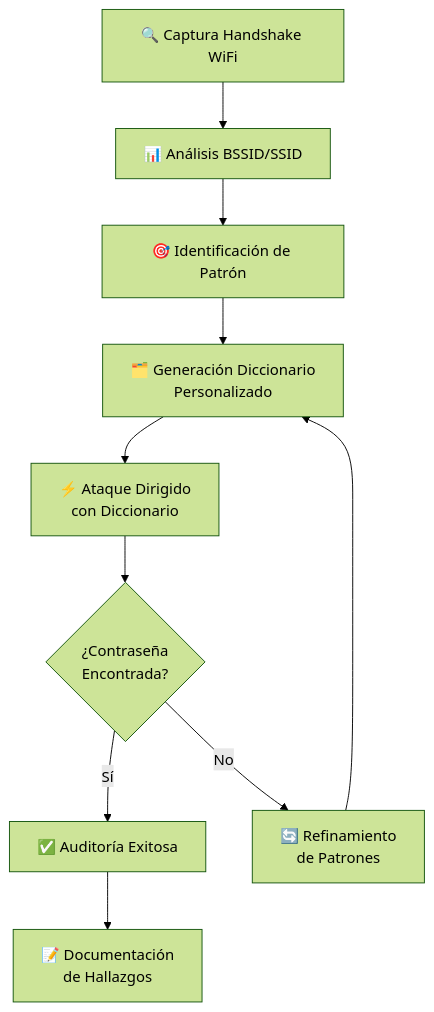
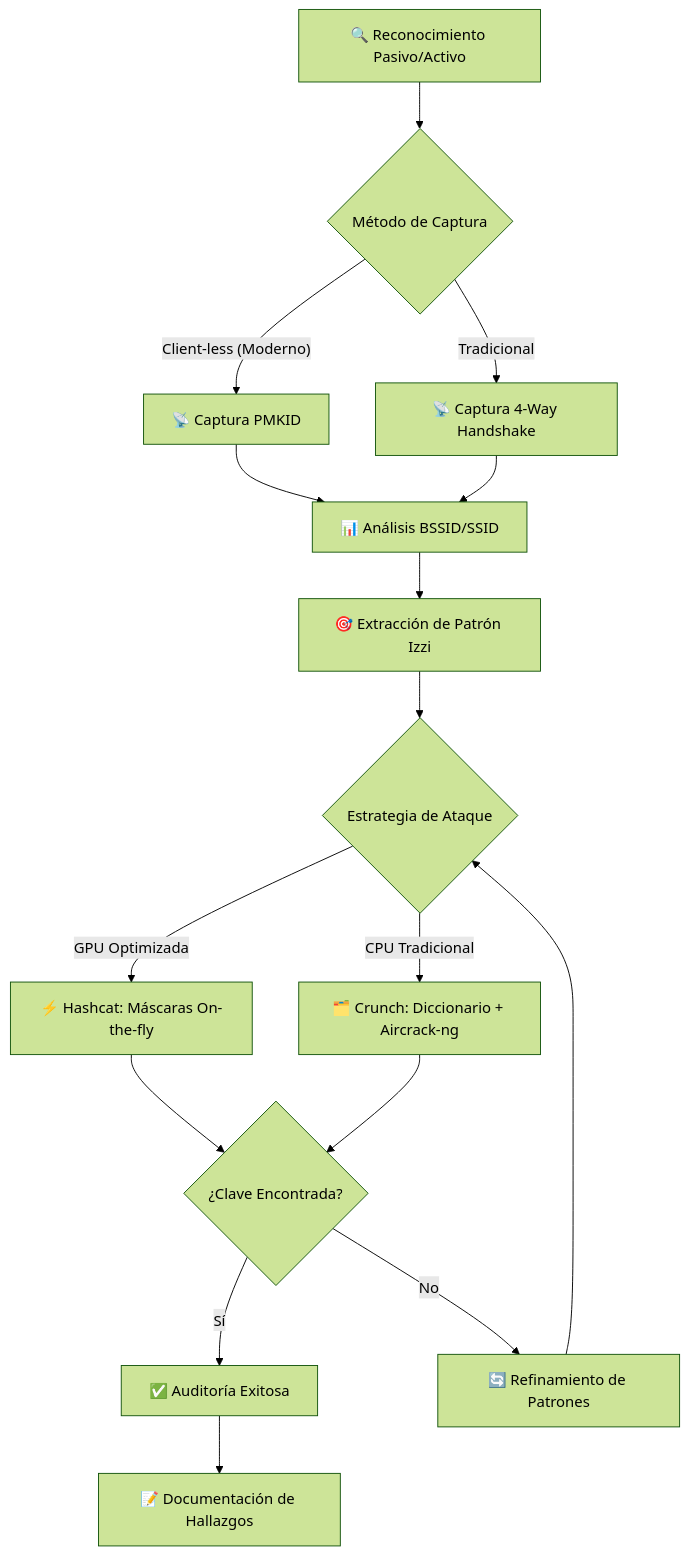
One commit to rodrigo47363/izzi-wifi-audit-method changed the diagram in README.md. Above: the diagram before and after it, drawn with Mermaid (forest theme). The commit also changed other lines of this file, not shown here.

`````diff
--- a/README.md
+++ b/README.md
@@ -11,12 +28,18 @@
 ```mermaid
 flowchart TD
-    A[🔍 Captura Handshake WiFi] --> B[📊 Análisis BSSID/SSID]
-    B --> C[🎯 Identificación de Patrón]
-    C --> D[🗂️ Generación Diccionario<br/>Personalizado]
-    D --> E[⚡ Ataque Dirigido<br/>con Diccionario]
-    E --> F{¿Contraseña<br/>Encontrada?}
-    F -- Sí --> G[✅ Auditoría Exitosa]
-    F -- No --> H[🔄 Refinamiento<br/>de Patrones]
-    H --> D
-    G --> I[📝 Documentación<br/>de Hallazgos]
-```
+    A["🔍 Reconocimiento Pasivo/Activo"] --> B{"Método de Captura"}
+    B -- "Client-less (Moderno)" --> C["📡 Captura PMKID"]
+    B -- "Tradicional" --> D["📡 Captura 4-Way Handshake"]
+    C --> E["📊 Análisis BSSID/SSID"]
+    D --> E
+    E --> F["🎯 Extracción de Patrón Izzi"]
+    F --> G{"Estrategia de Ataque"}
+    G -- "GPU Optimizada" --> H["⚡ Hashcat: Máscaras On-the-fly"]
+    G -- "CPU Tradicional" --> I["🗂️ Crunch: Diccionario + Aircrack-ng"]
+    H --> J{"¿Clave Encontrada?"}
+    I --> J
+    J -- "Sí" --> K["✅ Auditoría Exitosa"]
+    J -- "No" --> L["🔄 Refinamiento de Patrones"]
+    L --> G
+    K --> M["📝 Documentación de Hallazgos"]
+````
`````
